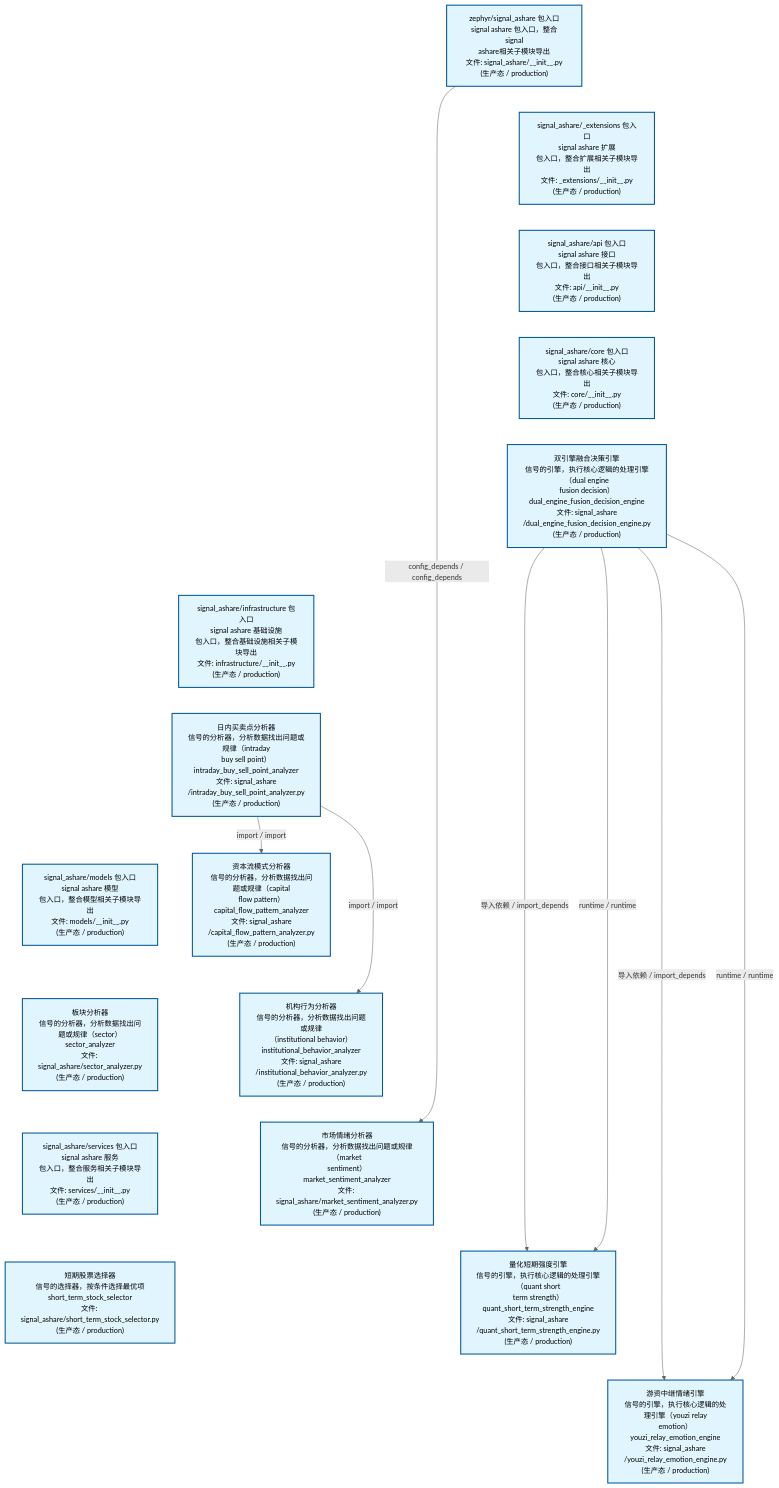
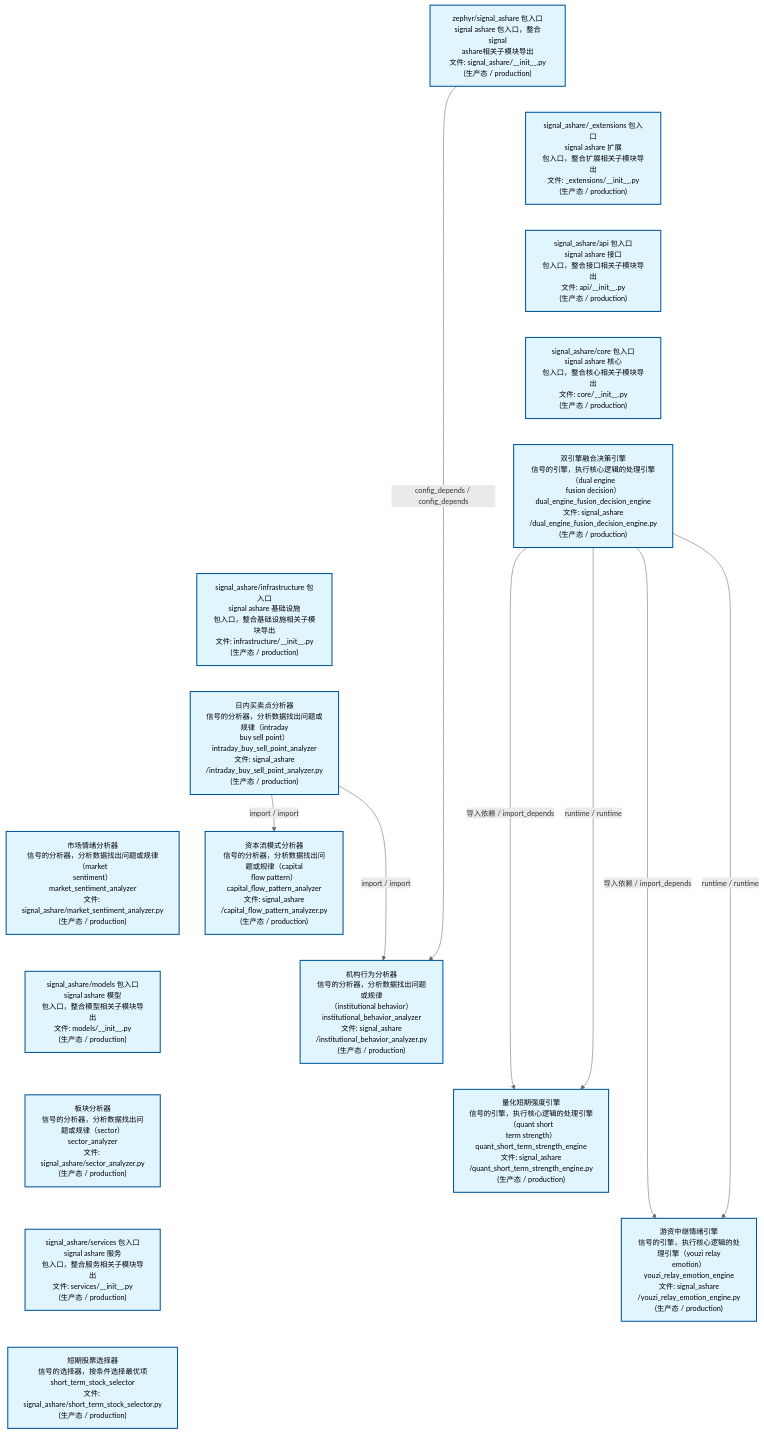
One commit to xuanFelixVan/ZephyrAlpha changed the second of 4 diagrams in docs/02_enterprise_architecture/02_domain_architecture_docs/32_d_ashare_signal.md. Above: the diagram before and after it, drawn with Mermaid. The commit also changed other lines of this file and 51 other files, not shown here.

````diff
--- a/docs/02_enterprise_architecture/02_domain_architecture_docs/32_d_ashare_signal.md
+++ b/docs/02_enterprise_architecture/02_domain_architecture_docs/32_d_ashare_signal.md
@@ -163,46 +163,46 @@
 ```mermaid
 %%{init: {'theme': 'base', 'themeVariables': {'primaryColor': '#eaeaea', 'primaryTextColor': '#333333', 'primaryBorderColor': '#666666', 'lineColor': '#666666', 'secondaryColor': '#eaeaea', 'tertiaryColor': '#eaeaea', 'fontSize': '14px'}}}%%
 flowchart TD
     src_zephyr_signal_ashare_init_py["zephyr/signal_ashare 包入口<br/>signal ashare 包入口，整合signal<br/>ashare相关子模块导出<br/>文件: signal_ashare/__init__.py<br/>(生产态 / production)"]
     src_zephyr_signal_ashare_extensions_init_py["signal_ashare/_extensions 包入口<br/>signal ashare 扩展<br/>包入口，整合扩展相关子模块导出<br/>文件: _extensions/__init__.py<br/>(生产态 / production)"]
     src_zephyr_signal_ashare_api_init_py["signal_ashare/api 包入口<br/>signal ashare 接口<br/>包入口，整合接口相关子模块导出<br/>文件: api/__init__.py<br/>(生产态 / production)"]
     src_zephyr_signal_ashare_core_init_py["signal_ashare/core 包入口<br/>signal ashare 核心<br/>包入口，整合核心相关子模块导出<br/>文件: core/__init__.py<br/>(生产态 / production)"]
     src_zephyr_signal_ashare_dual_engine_fusion_decision_engine_py["双引擎融合决策引擎<br/>信号的引擎，执行核心逻辑的处理引擎（dual engine<br/>fusion decision）<br/>dual_engine_fusion_decision_engine<br/>文件: signal_ashare<br/>/dual_engine_fusion_decision_engine.py<br/>(生产态 / production)"]
     src_zephyr_signal_ashare_infrastructure_init_py["signal_ashare/infrastructure 包入口<br/>signal ashare 基础设施<br/>包入口，整合基础设施相关子模块导出<br/>文件: infrastructure/__init__.py<br/>(生产态 / production)"]
     src_zephyr_signal_ashare_intraday_buy_sell_point_analyzer_py["日内买卖点分析器<br/>信号的分析器，分析数据找出问题或规律（intraday<br/>buy sell point）<br/>intraday_buy_sell_point_analyzer<br/>文件: signal_ashare<br/>/intraday_buy_sell_point_analyzer.py<br/>(生产态 / production)"]
+    src_zephyr_signal_ashare_market_sentiment_analyzer_py["市场情绪分析器<br/>信号的分析器，分析数据找出问题或规律（market<br/>sentiment）<br/>market_sentiment_analyzer<br/>文件: signal_ashare/market_sentiment_analyzer.py<br/>(生产态 / production)"]
     src_zephyr_signal_ashare_models_init_py["signal_ashare/models 包入口<br/>signal ashare 模型<br/>包入口，整合模型相关子模块导出<br/>文件: models/__init__.py<br/>(生产态 / production)"]
     src_zephyr_signal_ashare_sector_analyzer_py["板块分析器<br/>信号的分析器，分析数据找出问题或规律（sector）<br/>sector_analyzer<br/>文件: signal_ashare/sector_analyzer.py<br/>(生产态 / production)"]
     src_zephyr_signal_ashare_services_init_py["signal_ashare/services 包入口<br/>signal ashare 服务<br/>包入口，整合服务相关子模块导出<br/>文件: services/__init__.py<br/>(生产态 / production)"]
     src_zephyr_signal_ashare_short_term_stock_selector_py["短期股票选择器<br/>信号的选择器，按条件选择最优项<br/>short_term_stock_selector<br/>文件: signal_ashare/short_term_stock_selector.py<br/>(生产态 / production)"]
     src_zephyr_signal_ashare_init_py ~~~ src_zephyr_signal_ashare_extensions_init_py
     src_zephyr_signal_ashare_extensions_init_py ~~~ src_zephyr_signal_ashare_api_init_py
     src_zephyr_signal_ashare_api_init_py ~~~ src_zephyr_signal_ashare_core_init_py
     src_zephyr_signal_ashare_core_init_py ~~~ src_zephyr_signal_ashare_dual_engine_fusion_decision_engine_py
     src_zephyr_signal_ashare_dual_engine_fusion_decision_engine_py ~~~ src_zephyr_signal_ashare_infrastructure_init_py
     src_zephyr_signal_ashare_infrastructure_init_py ~~~ src_zephyr_signal_ashare_intraday_buy_sell_point_analyzer_py
-    src_zephyr_signal_ashare_intraday_buy_sell_point_analyzer_py ~~~ src_zephyr_signal_ashare_models_init_py
+    src_zephyr_signal_ashare_intraday_buy_sell_point_analyzer_py ~~~ src_zephyr_signal_ashare_market_sentiment_analyzer_py
+    src_zephyr_signal_ashare_market_sentiment_analyzer_py ~~~ src_zephyr_signal_ashare_models_init_py
     src_zephyr_signal_ashare_models_init_py ~~~ src_zephyr_signal_ashare_sector_analyzer_py
     src_zephyr_signal_ashare_sector_analyzer_py ~~~ src_zephyr_signal_ashare_services_init_py
     src_zephyr_signal_ashare_services_init_py ~~~ src_zephyr_signal_ashare_short_term_stock_selector_py
     src_zephyr_signal_ashare_capital_flow_pattern_analyzer_py["资本流模式分析器<br/>信号的分析器，分析数据找出问题或规律（capital<br/>flow pattern）<br/>capital_flow_pattern_analyzer<br/>文件: signal_ashare<br/>/capital_flow_pattern_analyzer.py<br/>(生产态 / production)"]
     src_zephyr_signal_ashare_institutional_behavior_analyzer_py["机构行为分析器<br/>信号的分析器，分析数据找出问题或规律<br/>（institutional behavior）<br/>institutional_behavior_analyzer<br/>文件: signal_ashare<br/>/institutional_behavior_analyzer.py<br/>(生产态 / production)"]
-    src_zephyr_signal_ashare_market_sentiment_analyzer_py["市场情绪分析器<br/>信号的分析器，分析数据找出问题或规律（market<br/>sentiment）<br/>market_sentiment_analyzer<br/>文件: signal_ashare/market_sentiment_analyzer.py<br/>(生产态 / production)"]
     src_zephyr_signal_ashare_quant_short_term_strength_engine_py["量化短期强度引擎<br/>信号的引擎，执行核心逻辑的处理引擎（quant short<br/>term strength）<br/>quant_short_term_strength_engine<br/>文件: signal_ashare<br/>/quant_short_term_strength_engine.py<br/>(生产态 / production)"]
     src_zephyr_signal_ashare_youzi_relay_emotion_engine_py["游资中继情绪引擎<br/>信号的引擎，执行核心逻辑的处理引擎（youzi relay<br/>emotion）<br/>youzi_relay_emotion_engine<br/>文件: signal_ashare<br/>/youzi_relay_emotion_engine.py<br/>(生产态 / production)"]
     src_zephyr_signal_ashare_capital_flow_pattern_analyzer_py ~~~ src_zephyr_signal_ashare_institutional_behavior_analyzer_py
-    src_zephyr_signal_ashare_institutional_behavior_analyzer_py ~~~ src_zephyr_signal_ashare_market_sentiment_analyzer_py
-    src_zephyr_signal_ashare_market_sentiment_analyzer_py ~~~ src_zephyr_signal_ashare_quant_short_term_strength_engine_py
+    src_zephyr_signal_ashare_institutional_behavior_analyzer_py ~~~ src_zephyr_signal_ashare_quant_short_term_strength_engine_py
     src_zephyr_signal_ashare_quant_short_term_strength_engine_py ~~~ src_zephyr_signal_ashare_youzi_relay_emotion_engine_py
-    src_zephyr_signal_ashare_intraday_buy_sell_point_analyzer_py -->|import / import| src_zephyr_signal_ashare_capital_flow_pattern_analyzer_py
-    src_zephyr_signal_ashare_intraday_buy_sell_point_analyzer_py -->|import / import| src_zephyr_signal_ashare_institutional_behavior_analyzer_py
     src_zephyr_signal_ashare_dual_engine_fusion_decision_engine_py -->|导入依赖 / import_depends| src_zephyr_signal_ashare_quant_short_term_strength_engine_py
     src_zephyr_signal_ashare_dual_engine_fusion_decision_engine_py -->|runtime / runtime| src_zephyr_signal_ashare_quant_short_term_strength_engine_py
     src_zephyr_signal_ashare_dual_engine_fusion_decision_engine_py -->|导入依赖 / import_depends| src_zephyr_signal_ashare_youzi_relay_emotion_engine_py
     src_zephyr_signal_ashare_dual_engine_fusion_decision_engine_py -->|runtime / runtime| src_zephyr_signal_ashare_youzi_relay_emotion_engine_py
-    src_zephyr_signal_ashare_init_py -->|config_depends / config_depends| src_zephyr_signal_ashare_market_sentiment_analyzer_py
+    src_zephyr_signal_ashare_intraday_buy_sell_point_analyzer_py -->|import / import| src_zephyr_signal_ashare_institutional_behavior_analyzer_py
+    src_zephyr_signal_ashare_intraday_buy_sell_point_analyzer_py -->|import / import| src_zephyr_signal_ashare_capital_flow_pattern_analyzer_py
+    src_zephyr_signal_ashare_init_py -->|config_depends / config_depends| src_zephyr_signal_ashare_institutional_behavior_analyzer_py
     classDef production fill:#e1f5fe,stroke:#01579b,stroke-width:2px,color:#000
     classDef design fill:#fff3e0,stroke:#e65100,stroke-width:2px,color:#000,stroke-dasharray: 5 5
     classDef external_prod fill:#e8f4fd,stroke:#0277bd,stroke-width:1px,color:#000
     classDef external_design fill:#fff8e7,stroke:#ef6c00,stroke-width:1px,color:#000,stroke-dasharray: 5 5
     class src_zephyr_signal_ashare_init_py,src_zephyr_signal_ashare_extensions_init_py,src_zephyr_signal_ashare_api_init_py,src_zephyr_signal_ashare_capital_flow_pattern_analyzer_py,src_zephyr_signal_ashare_core_init_py,src_zephyr_signal_ashare_dual_engine_fusion_decision_engine_py,src_zephyr_signal_ashare_infrastructure_init_py,src_zephyr_signal_ashare_institutional_behavior_analyzer_py,src_zephyr_signal_ashare_intraday_buy_sell_point_analyzer_py,src_zephyr_signal_ashare_market_sentiment_analyzer_py,src_zephyr_signal_ashare_models_init_py,src_zephyr_signal_ashare_quant_short_term_strength_engine_py,src_zephyr_signal_ashare_sector_analyzer_py,src_zephyr_signal_ashare_services_init_py,src_zephyr_signal_ashare_short_term_stock_selector_py,src_zephyr_signal_ashare_youzi_relay_emotion_engine_py production
 ```
````
